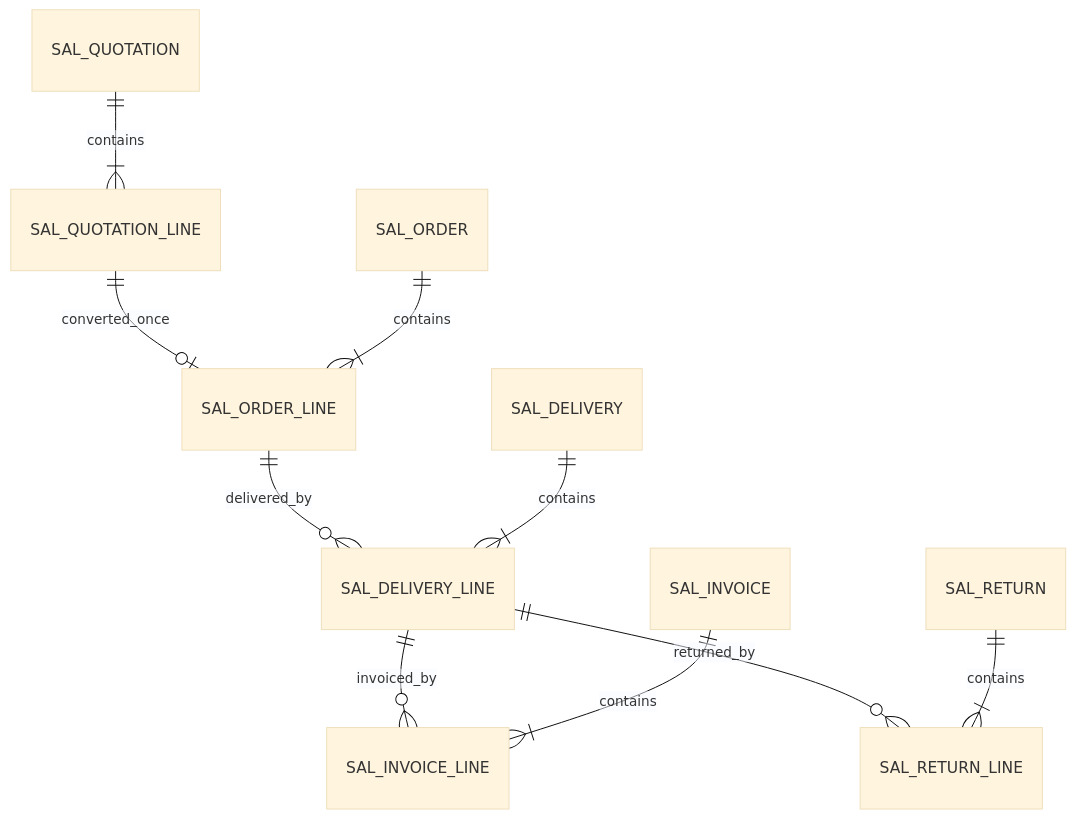
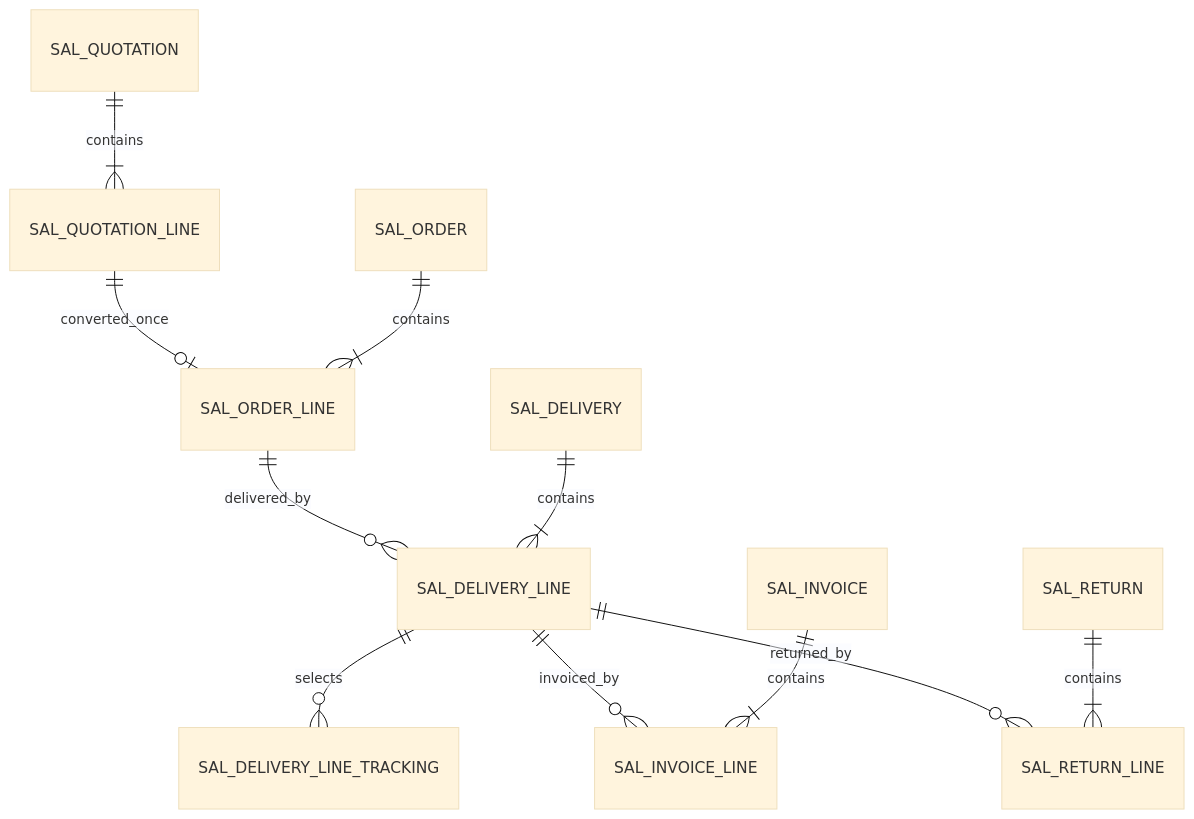
Before and after one commit to snowwhite10/MyERP: the fourth of 8 diagrams in docs/02-modules/SD/data-structure.md, drawn with Mermaid (base theme). The commit also changed other lines of this file and 25 other files, not shown here.

````diff
--- a/docs/02-modules/SD/data-structure.md
+++ b/docs/02-modules/SD/data-structure.md
@@ -65,12 +69,13 @@
 ```mermaid
 erDiagram
     SAL_QUOTATION ||--|{ SAL_QUOTATION_LINE : contains
     SAL_QUOTATION_LINE ||--o| SAL_ORDER_LINE : converted_once
     SAL_ORDER ||--|{ SAL_ORDER_LINE : contains
     SAL_ORDER_LINE ||--o{ SAL_DELIVERY_LINE : delivered_by
     SAL_DELIVERY ||--|{ SAL_DELIVERY_LINE : contains
+    SAL_DELIVERY_LINE ||--o{ SAL_DELIVERY_LINE_TRACKING : selects
     SAL_DELIVERY_LINE ||--o{ SAL_INVOICE_LINE : invoiced_by
     SAL_INVOICE ||--|{ SAL_INVOICE_LINE : contains
     SAL_DELIVERY_LINE ||--o{ SAL_RETURN_LINE : returned_by
     SAL_RETURN ||--|{ SAL_RETURN_LINE : contains
 ```
````
